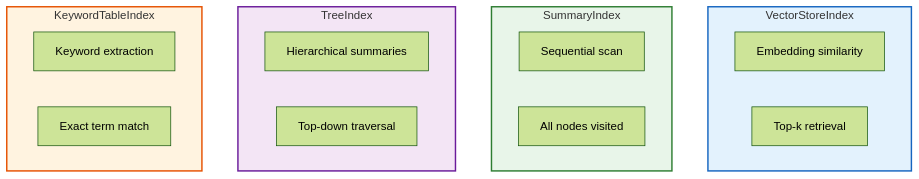
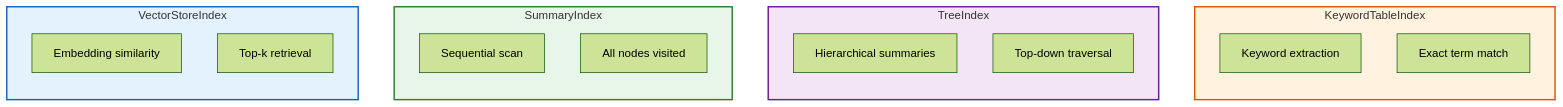
One commit to ApartsinProjects/LLMBook changed the diagram in appendices/appendix-o-llamaindex/images/section-o.2-svg1.mmd. Above: the diagram before and after it, drawn with Mermaid (forest theme). The commit also changed 1245 other files, not shown here.

```diff
--- a/appendices/appendix-o-llamaindex/images/section-o.2-svg1.mmd
+++ b/appendices/appendix-o-llamaindex/images/section-o.2-svg1.mmd
@@ -1,21 +1,26 @@
-flowchart TB
+flowchart LR
     subgraph VS["VectorStoreIndex"]
+        direction TB
         V1["Embedding similarity"]
         V2["Top-k retrieval"]
     end
     subgraph SI["SummaryIndex"]
+        direction TB
         S1["Sequential scan"]
         S2["All nodes visited"]
     end
     subgraph TI["TreeIndex"]
+        direction TB
         T1["Hierarchical summaries"]
         T2["Top-down traversal"]
     end
     subgraph KI["KeywordTableIndex"]
+        direction TB
         K1["Keyword extraction"]
         K2["Exact term match"]
     end
+    VS ~~~ SI ~~~ TI ~~~ KI
     style VS fill:#e3f2fd,stroke:#1565c0,stroke-width:2px
     style SI fill:#e8f5e9,stroke:#2e7d32,stroke-width:2px
     style TI fill:#f3e5f5,stroke:#6a1b9a,stroke-width:2px
     style KI fill:#fff3e0,stroke:#e65100,stroke-width:2px
```
